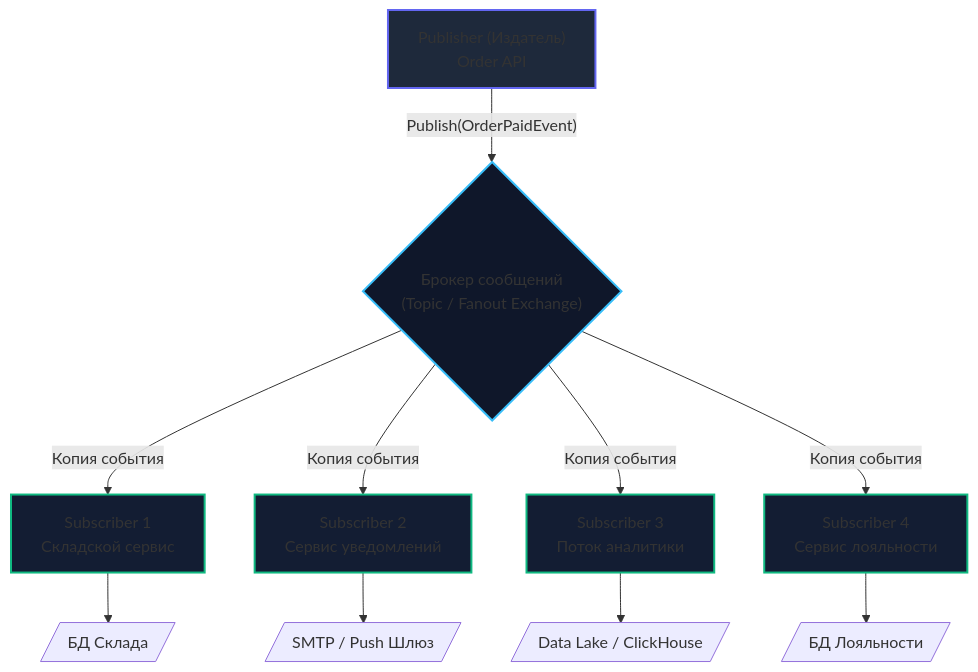
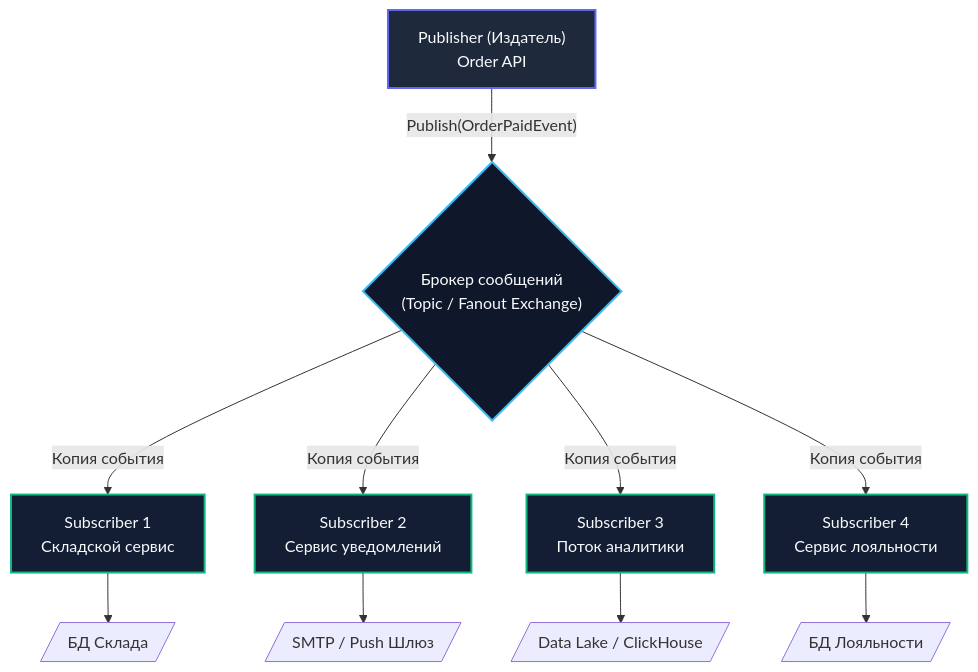
The diagram in sources/13. Очереди, брокеры сообщений и оркестраторы/05. Паттерны и архитектура/1. Pub Sub.md (UnrealTemplier/go-textbook), drawn with Mermaid before and after one commit. The commit also changed 310 other files, not shown here.

First line of the commit message:
fix(mermaid): replace light fill colors with dark palette for readability on dark theme

````diff
--- a/sources/13. Очереди, брокеры сообщений и оркестраторы/05. Паттерны и архитектура/1. Pub Sub.md
+++ b/sources/13. Очереди, брокеры сообщений и оркестраторы/05. Паттерны и архитектура/1. Pub Sub.md
@@ -44,21 +44,21 @@
 ```mermaid
 flowchart TD
     P["Publisher (Издатель)<br>Order API"] -->|"Publish(OrderPaidEvent)"| B{"Брокер сообщений<br>(Topic / Fanout Exchange)"}
     
     B -->|"Копия события"| S1["Subscriber 1<br>Складской сервис"]
     B -->|"Копия события"| S2["Subscriber 2<br>Сервис уведомлений"]
     B -->|"Копия события"| S3["Subscriber 3<br>Поток аналитики"]
     B -->|"Копия события"| S4["Subscriber 4<br>Сервис лояльности"]
     
     S1 --> D1[/"БД Склада"/]
     S2 --> D2[/"SMTP / Push Шлюз"/]
     S3 --> D3[/"Data Lake / ClickHouse"/]
     S4 --> D4[/"БД Лояльности"/]
 
-    style P fill:#1e293b,stroke:#6366f1,stroke-width:2px
-    style B fill:#0f172a,stroke:#38bdf8,stroke-width:2px
-    style S1 fill:#131d33,stroke:#10b981,stroke-width:2px
-    style S2 fill:#131d33,stroke:#10b981,stroke-width:2px
-    style S3 fill:#131d33,stroke:#10b981,stroke-width:2px
-    style S4 fill:#131d33,stroke:#10b981,stroke-width:2px
+    style P fill:#1e293b,stroke:#6366f1,stroke-width:2px,color:#f8fafc
+    style B fill:#0f172a,stroke:#38bdf8,stroke-width:2px,color:#f8fafc
+    style S1 fill:#131d33,stroke:#10b981,stroke-width:2px,color:#f8fafc
+    style S2 fill:#131d33,stroke:#10b981,stroke-width:2px,color:#f8fafc
+    style S3 fill:#131d33,stroke:#10b981,stroke-width:2px,color:#f8fafc
+    style S4 fill:#131d33,stroke:#10b981,stroke-width:2px,color:#f8fafc
 ```
````
